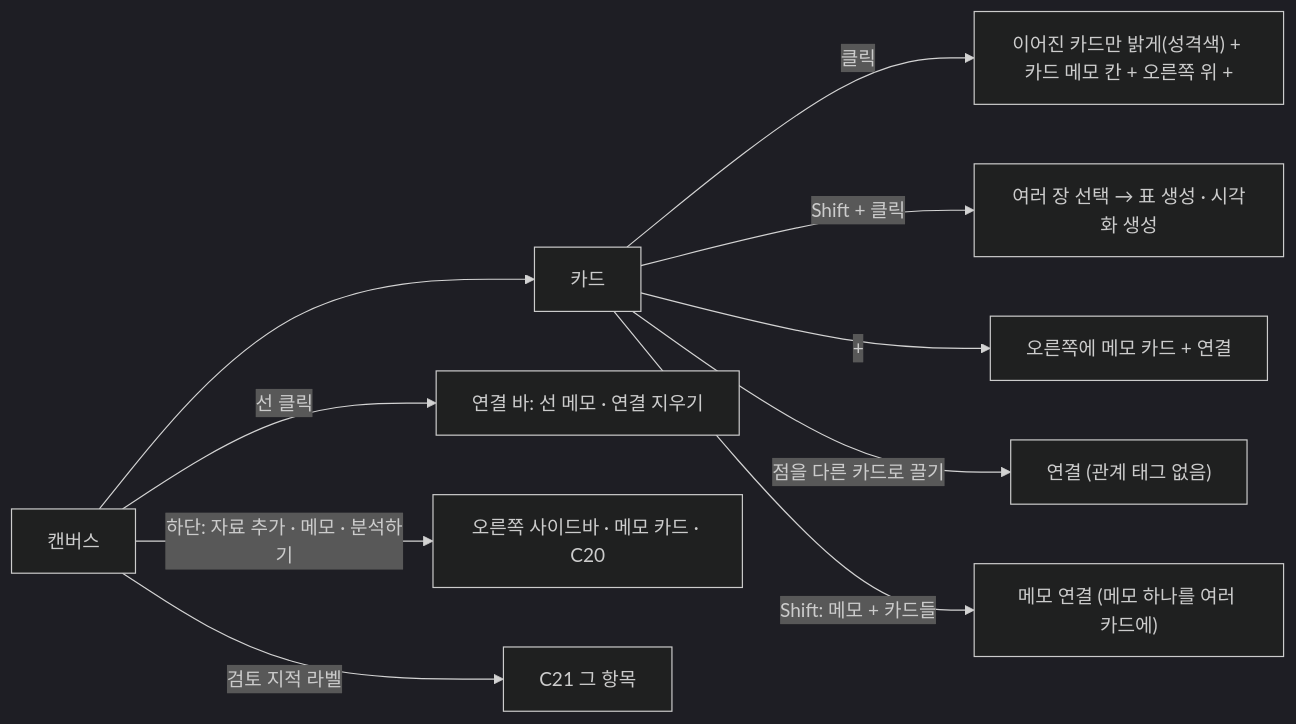
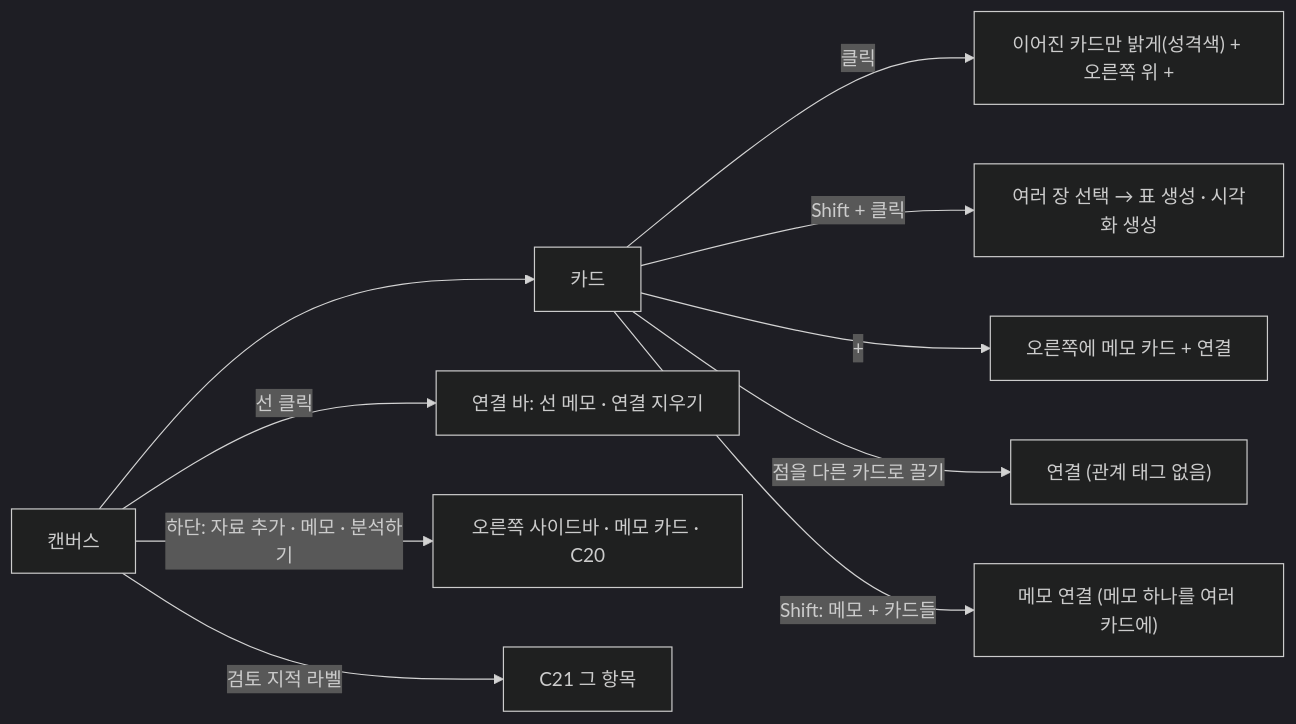
The third of 7 diagrams in docs/frontend/ia.md (vamos-team/telescope), drawn with Mermaid (dark theme) before and after one commit. The commit also changed other lines of this file and 3 other files, not shown here.

````diff
--- a/docs/frontend/ia.md
+++ b/docs/frontend/ia.md
@@ -196,12 +201,12 @@
 ```mermaid
 flowchart LR
   CV["캔버스"] --> K["카드"]
-  K -->|클릭| K1["이어진 카드만 밝게(성격색) + 카드 메모 칸 + 오른쪽 위 +"]
+  K -->|클릭| K1["이어진 카드만 밝게(성격색) + 오른쪽 위 +"]
   K -->|Shift + 클릭| K2["여러 장 선택 → 표 생성 · 시각화 생성"]
   K -->|"+"| K3["오른쪽에 메모 카드 + 연결"]
   K -->|점을 다른 카드로 끌기| K4["연결 (관계 태그 없음)"]
   K -->|"Shift: 메모 + 카드들"| K5["메모 연결 (메모 하나를 여러 카드에)"]
   CV -->|"선 클릭"| LB["연결 바: 선 메모 · 연결 지우기"]
   CV -->|"하단: 자료 추가 · 메모 · 분석하기"| D["오른쪽 사이드바 · 메모 카드 · C20"]
   CV -->|"검토 지적 라벨"| A["C21 그 항목"]
 ```
````
